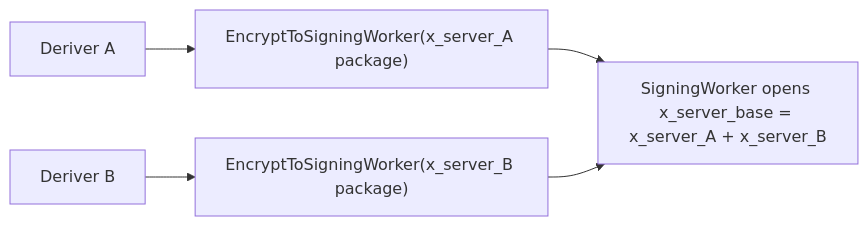
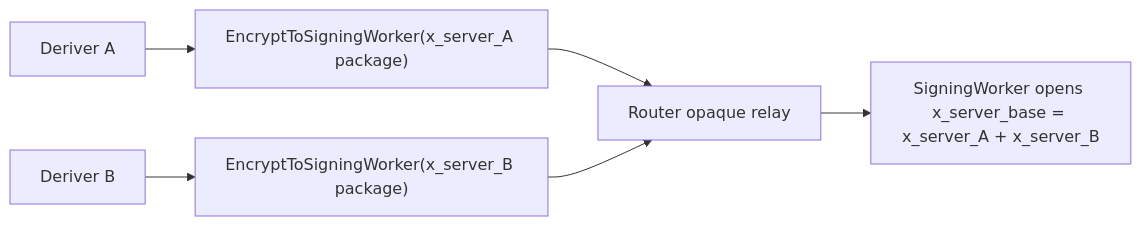
Before and after one commit to seams-tech/seams-sdk: the sixth of 22 diagrams in docs/router-a-b-SPEC.md, drawn with Mermaid. The commit also changed other lines of this file and 48 other files, not shown here.

````diff
--- a/docs/router-a-b-SPEC.md
+++ b/docs/router-a-b-SPEC.md
@@ -474,7 +478,8 @@
 ```mermaid
 flowchart LR
   A["Deriver A"] --> SA["EncryptToSigningWorker(x_server_A package)"]
   B["Deriver B"] --> SB["EncryptToSigningWorker(x_server_B package)"]
-  SA --> SW["SigningWorker opens x_server_base = x_server_A + x_server_B"]
-  SB --> SW
+  SA --> R["Router opaque relay"]
+  SB --> R
+  R --> SW["SigningWorker opens x_server_base = x_server_A + x_server_B"]
 ```
````
